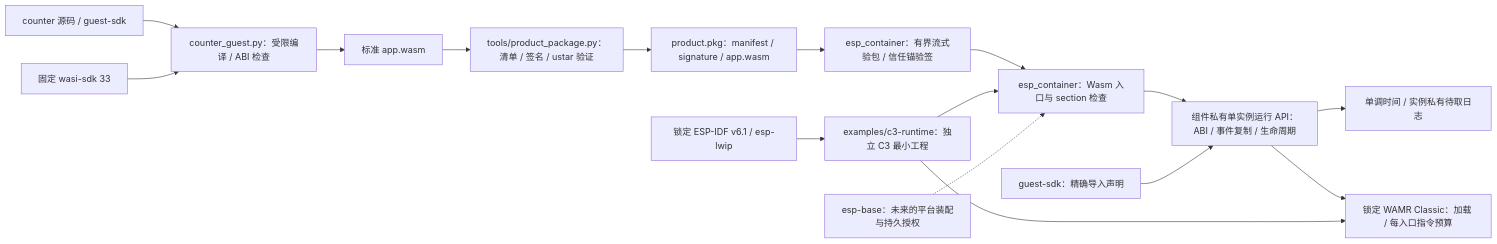
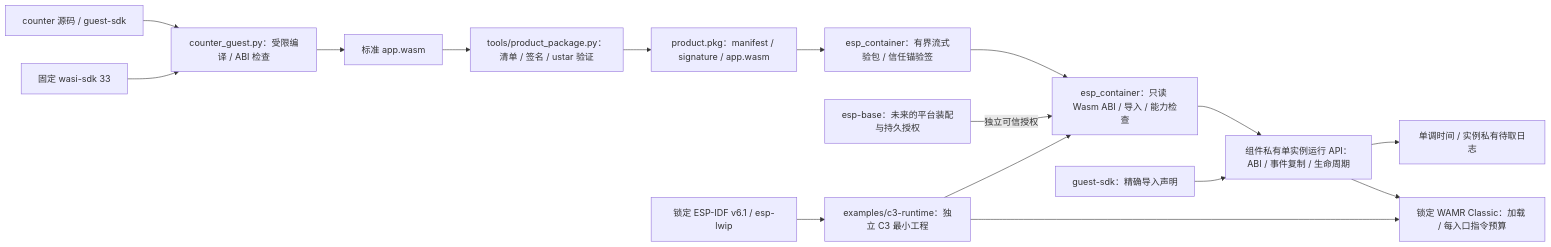
Before and after one commit to darren-you/esp-container: the diagram in README.md, drawn with Mermaid. The commit also changed other lines of this file and 13 other files, not shown here.

````diff
--- a/README.md
+++ b/README.md
@@ -7,18 +7,19 @@
 ```mermaid
 flowchart LR
     product["counter 源码 / guest-sdk"] --> guest["counter_guest.py：受限编译 / ABI 检查"]
     wasi["固定 wasi-sdk 33"] --> guest
     guest --> wasm["标准 app.wasm"]
     wasm --> tool["tools/product_package.py：清单 / 签名 / ustar 验证"]
     tool --> pkg["product.pkg：manifest / signature / app.wasm"]
     pkg --> verifier["esp_container：有界流式验包 / 信任锚验签"]
-    verifier --> scanner["esp_container：Wasm 入口与 section 检查"]
+    verifier --> scanner["esp_container：只读 Wasm ABI / 导入 / 能力检查"]
+    base -->|"独立可信授权"| scanner
     scanner --> runtime["组件私有单实例运行 API：ABI / 事件复制 / 生命周期"]
     sdk["guest-sdk：精确导入声明"] --> runtime
     runtime --> host["单调时间 / 实例私有待取日志"]
     runtime --> wamr["锁定 WAMR Classic：加载 / 每入口指令预算"]
     sample["examples/c3-runtime：独立 C3 最小工程"] --> scanner
     sample --> wamr
     idf["锁定 ESP-IDF v6.1 / esp-lwip"] --> sample
-    base["esp-base：未来的平台装配与持久授权"] -.-> scanner
+    base["esp-base：未来的平台装配与持久授权"]
 ```
````
